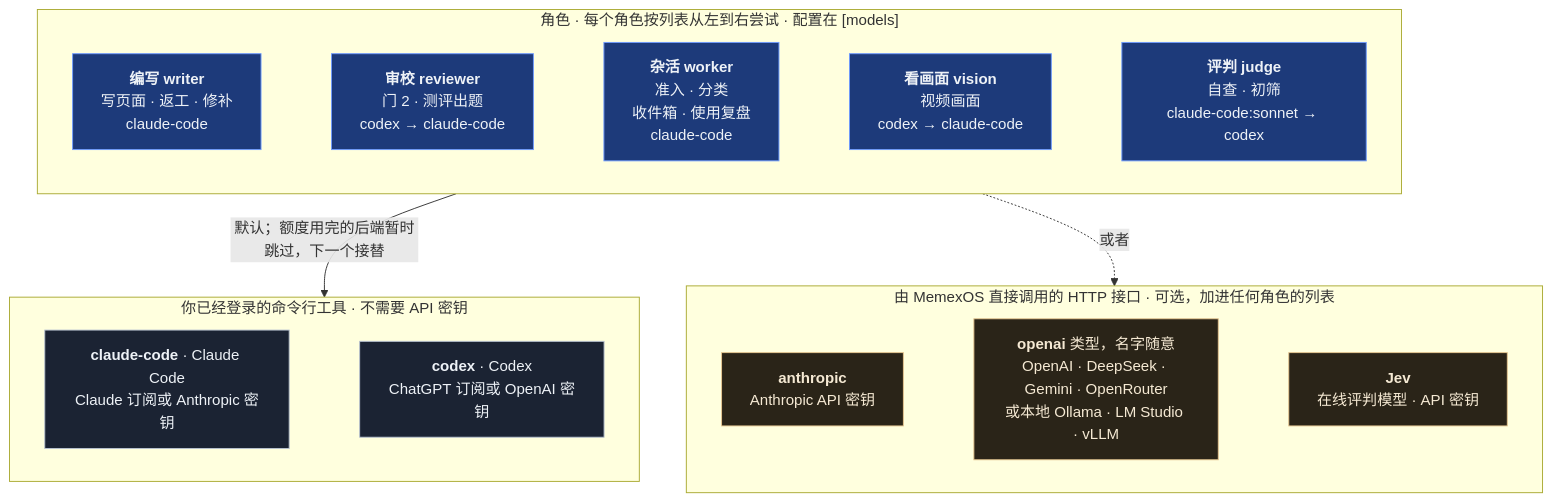
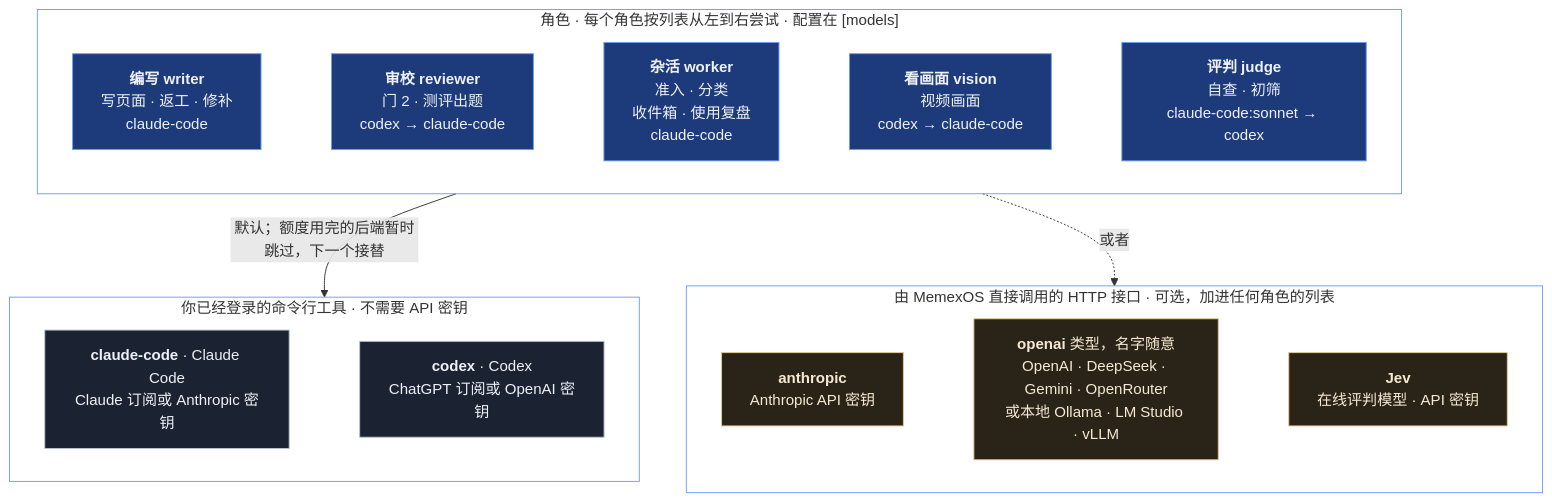
One commit to liushengyu/memexos changed the second of 2 diagrams in README.zh-CN.md. Above: the diagram before and after it, drawn with Mermaid. The commit also changed other lines of this file and 2 other files, not shown here.

Commit message:
Diagrams: transparent group backgrounds so they read the same in GitHub's light and dark themes

````diff
--- a/README.zh-CN.md
+++ b/README.zh-CN.md
@@ -180,34 +184,37 @@
 ```mermaid
 flowchart TB
   classDef role fill:#1d3a7a,stroke:#6f9bff,color:#eef2f7
   classDef cli fill:#1b2333,stroke:#b9c3d1,color:#eef2f7
   classDef api fill:#2a2418,stroke:#e7c792,color:#f5e9d3
 
   subgraph ROLES["角色 · 每个角色按列表从左到右尝试 · 配置在 [models]"]
     direction LR
     WRITER["<b>编写 writer</b><br/>写页面 · 返工 · 修补<br/>claude-code"]:::role
     REVIEWER["<b>审校 reviewer</b><br/>门 2 · 测评出题<br/>codex → claude-code"]:::role
     WORKER["<b>杂活 worker</b><br/>准入 · 分类<br/>收件箱 · 使用复盘<br/>claude-code"]:::role
     VISION["<b>看画面 vision</b><br/>视频画面<br/>codex → claude-code"]:::role
     JUDGE["<b>评判 judge</b><br/>自查 · 初筛<br/>claude-code:sonnet → codex"]:::role
   end
 
   subgraph CLI["你已经登录的命令行工具 · 不需要 API 密钥"]
     direction LR
     CC["<b>claude-code</b> · Claude Code<br/>Claude 订阅或 Anthropic 密钥"]:::cli
     CX["<b>codex</b> · Codex<br/>ChatGPT 订阅或 OpenAI 密钥"]:::cli
   end
 
   subgraph HTTP["由 MemexOS 直接调用的 HTTP 接口 · 可选，加进任何角色的列表"]
     direction LR
     AN["<b>anthropic</b><br/>Anthropic API 密钥"]:::api
     OA["<b>openai</b> 类型，名字随意<br/>OpenAI · DeepSeek · Gemini · OpenRouter<br/>或本地 Ollama · LM Studio · vLLM"]:::api
     JEV["<b>Jev</b><br/>在线评判模型 · API 密钥"]:::api
   end
 
   WRITER ~~~ REVIEWER ~~~ WORKER ~~~ VISION ~~~ JUDGE
   CC ~~~ CX
   AN ~~~ OA ~~~ JEV
   ROLES -- "默认；额度用完的后端暂时跳过，下一个接替" --> CLI
   ROLES -. "或者" .-> HTTP
+  style ROLES fill:none,stroke:#6f9bff,stroke-width:1px
+  style CLI fill:none,stroke:#6f9bff,stroke-width:1px
+  style HTTP fill:none,stroke:#6f9bff,stroke-width:1px
 ```
````
